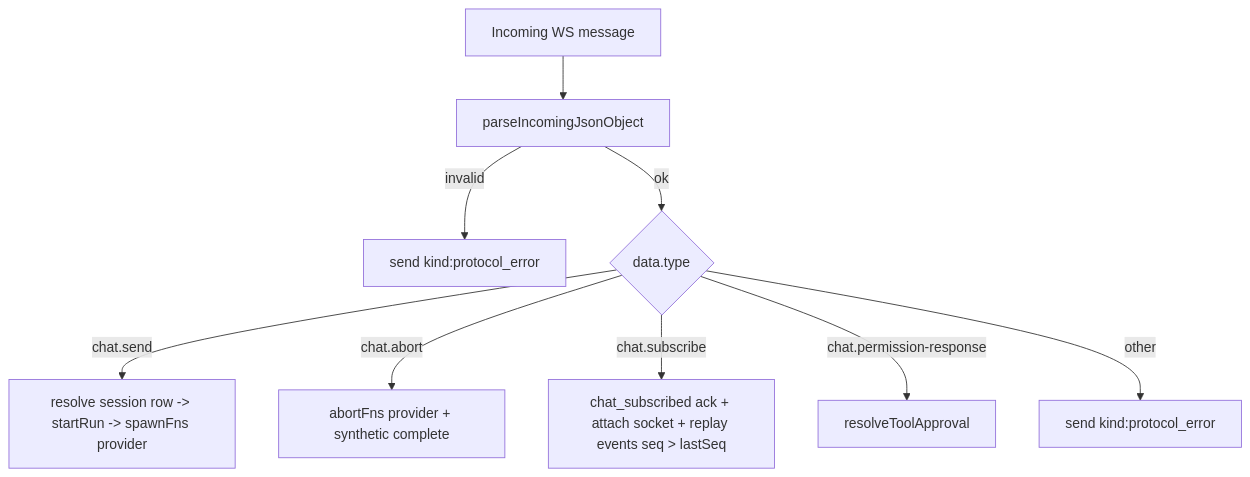
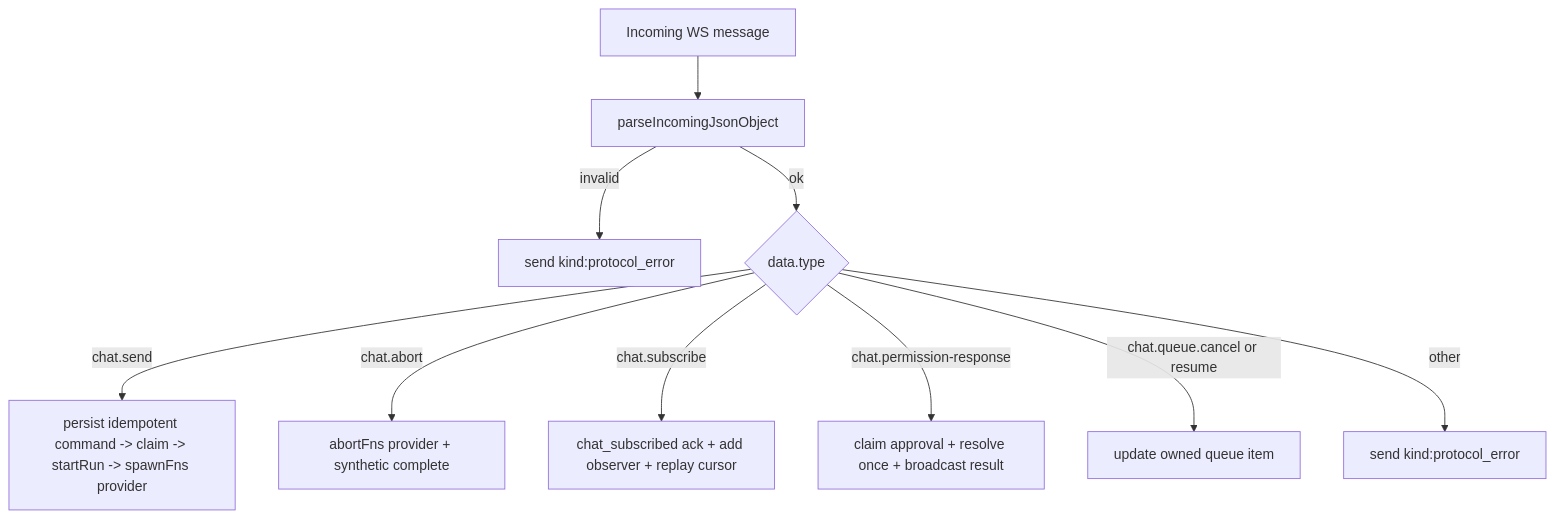
Before and after one commit to leoyb1010/LeoPhoneAgent: the third of 5 diagrams in src/mac/leocodebox/server/modules/websocket/README.md, drawn with Mermaid. The commit also changed other lines of this file and 185 other files, not shown here.

````diff
--- a/src/mac/leocodebox/server/modules/websocket/README.md
+++ b/src/mac/leocodebox/server/modules/websocket/README.md
@@ -125,12 +125,13 @@
 ```mermaid
 flowchart TD
   A[Incoming WS message] --> B[parseIncomingJsonObject]
   B -->|invalid| C[send kind:protocol_error]
   B -->|ok| D{data.type}
 
-  D -->|chat.send| E[resolve session row -> startRun -> spawnFns provider]
+  D -->|chat.send| E[persist idempotent command -> claim -> startRun -> spawnFns provider]
   D -->|chat.abort| F[abortFns provider + synthetic complete]
-  D -->|chat.subscribe| G[chat_subscribed ack + attach socket + replay events seq > lastSeq]
-  D -->|chat.permission-response| H[resolveToolApproval]
+  D -->|chat.subscribe| G[chat_subscribed ack + add observer + replay cursor]
+  D -->|chat.permission-response| H[claim approval + resolve once + broadcast result]
+  D -->|chat.queue.cancel or resume| Q[update owned queue item]
   D -->|other| I[send kind:protocol_error]
 ```
````
